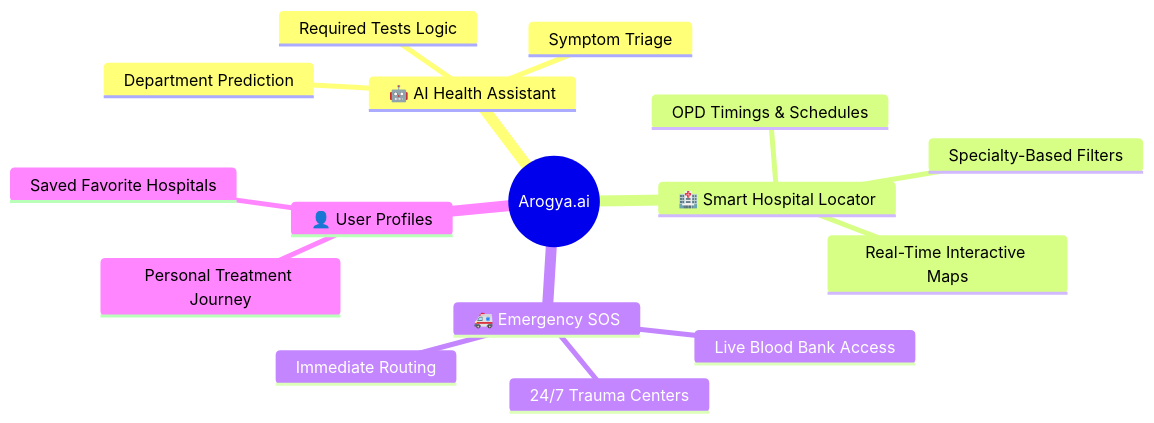
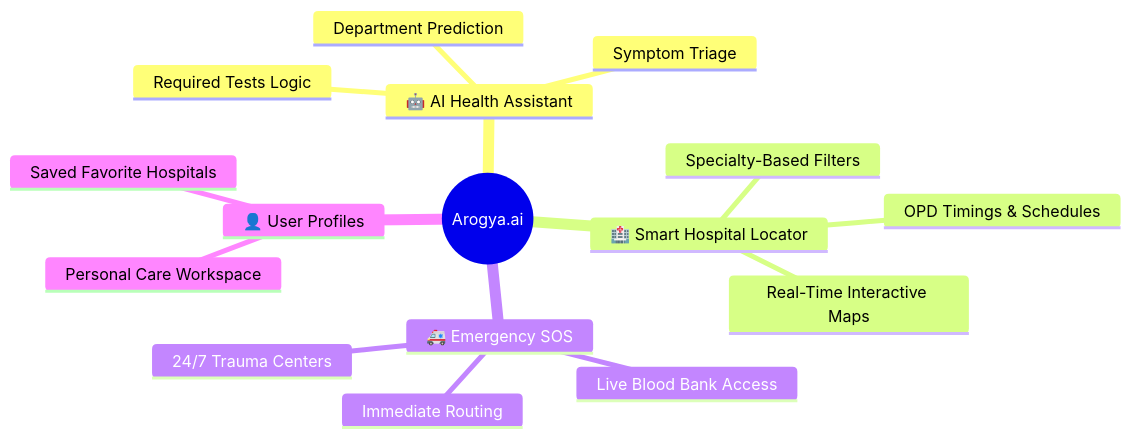
The first of 2 diagrams in README.md (HarshitaShakya/Arogya.ai), drawn with Mermaid before and after one commit. The commit also changed other lines of this file, not shown here.

Commit message:
Update README to replace Treatment Journey with Care Workspace

````diff
--- a/README.md
+++ b/README.md
@@ -63,19 +63,19 @@
 ```mermaid
 mindmap
   root((Arogya.ai))
     🤖 AI Health Assistant
       Symptom Triage
       Department Prediction
       Required Tests Logic
     🏥 Smart Hospital Locator
       Real-Time Interactive Maps
       OPD Timings & Schedules
       Specialty-Based Filters
     🚑 Emergency SOS
       24/7 Trauma Centers
       Live Blood Bank Access
       Immediate Routing
     👤 User Profiles
-      Personal Treatment Journey
+      Personal Care Workspace
       Saved Favorite Hospitals
 ```
````
